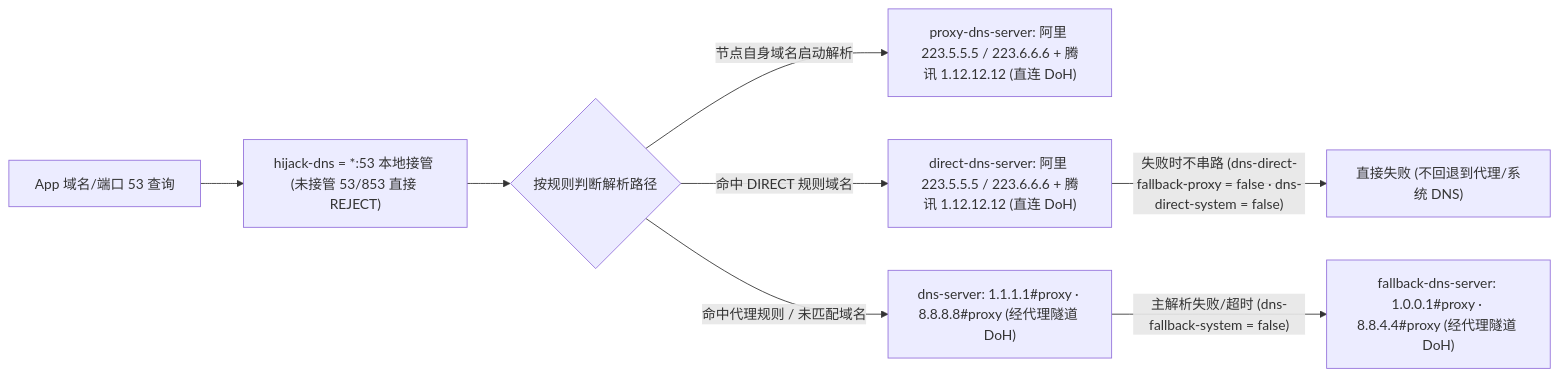
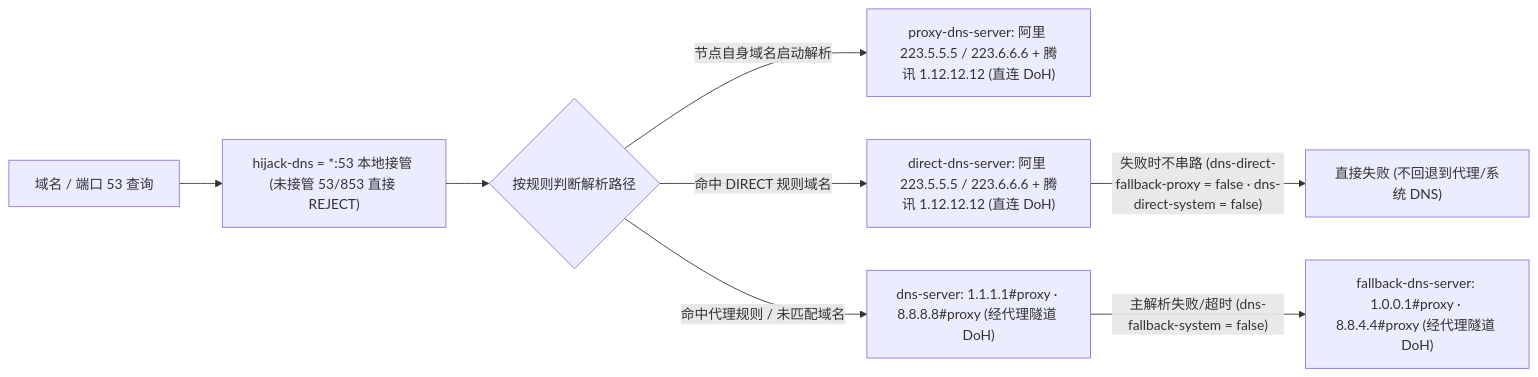
Before and after one commit to WANGXU-SU/shrc: the second of 2 diagrams in README.md, drawn with Mermaid. The commit also changed other lines of this file and 1 other file, not shown here.

````diff
--- a/README.md
+++ b/README.md
@@ -65,12 +65,12 @@
 ```mermaid
 flowchart LR
-    Query["App 域名/端口 53 查询"] --> Hijack["hijack-dns = *:53 本地接管 (未接管 53/853 直接 REJECT)"]
+    Query["域名 / 端口 53 查询"] --> Hijack["hijack-dns = *:53 本地接管 (未接管 53/853 直接 REJECT)"]
 
     Hijack --> RouteMatch{"按规则判断解析路径"}
     RouteMatch -- "节点自身域名启动解析" --> ProxyBootstrap["proxy-dns-server: 阿里 223.5.5.5 / 223.6.6.6 + 腾讯 1.12.12.12 (直连 DoH)"]
     RouteMatch -- "命中 DIRECT 规则域名" --> DirectDNS["direct-dns-server: 阿里 223.5.5.5 / 223.6.6.6 + 腾讯 1.12.12.12 (直连 DoH)"]
     RouteMatch -- "命中代理规则 / 未匹配域名" --> RemoteDNS["dns-server: 1.1.1.1#proxy · 8.8.8.8#proxy (经代理隧道 DoH)"]
 
     DirectDNS -- "失败时不串路 (dns-direct-fallback-proxy = false · dns-direct-system = false)" --> DirectFail["直接失败 (不回退到代理/系统 DNS)"]
     RemoteDNS -- "主解析失败/超时 (dns-fallback-system = false)" --> FallbackDNS["fallback-dns-server: 1.0.0.1#proxy · 8.8.4.4#proxy (经代理隧道 DoH)"]
 ```
````
